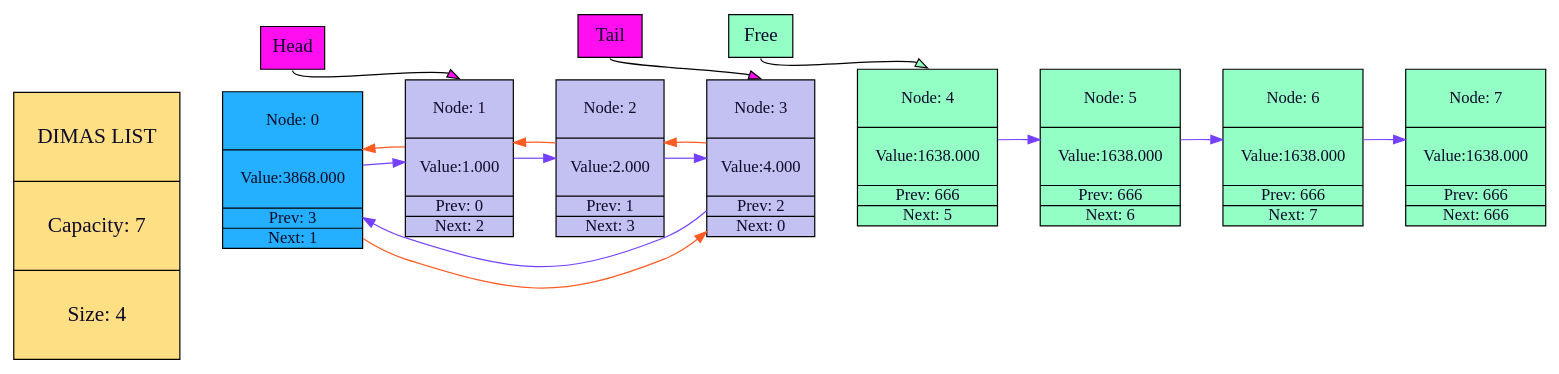
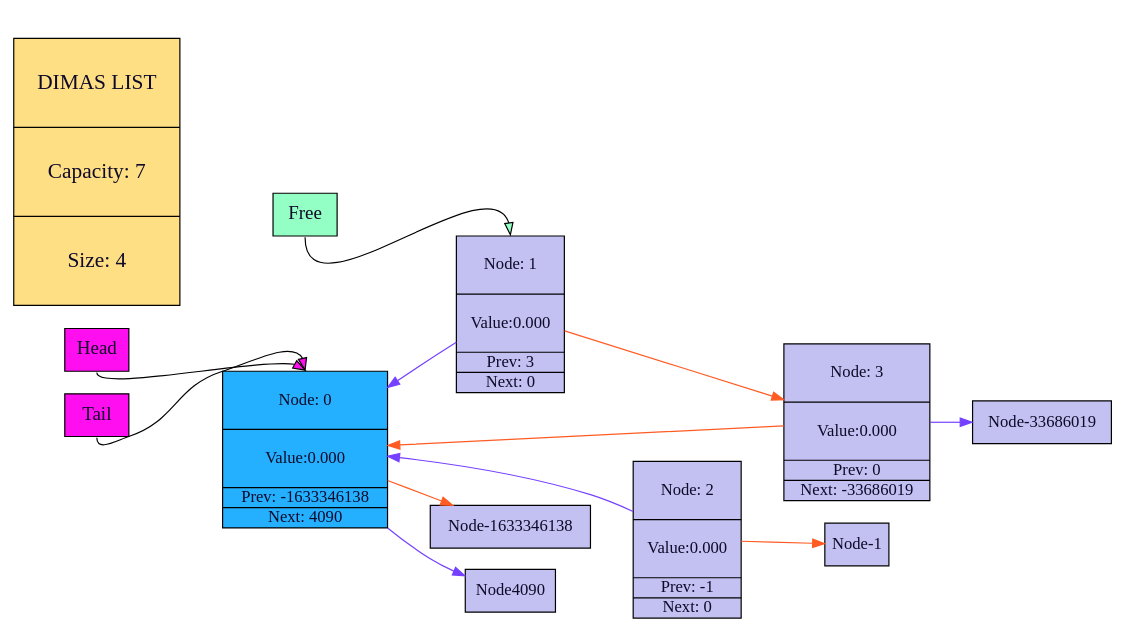
The diagram in 5-list/5-list/list_graph.gv (dmjtsh/huawei_course), drawn with Graphviz before and after one commit. The commit also changed 440 other files, not shown here.

```diff
--- a/5-list/5-list/list_graph.gv
+++ b/5-list/5-list/list_graph.gv
@@ -1,42 +1,31 @@
 digraph ListGraph {
 rankdir="LR";
 node [shape="box", style="filled", fillcolor="#24b0ff", fontcolor="#0e0a2a", margin="0.01"];
-"Node0" [shape="record", label="\n Node: 0 \n\n|\n Value:3868.000\n\n | Prev: 3 | Next: 1"];
+"Node0" [shape="record", label="\n Node: 0 \n\n|\n Value:0.000\n\n | Prev: -1633346138 | Next: 4090"];
 node [shape="box", style="filled", fillcolor="#c3c1f1", fontcolor="#0e0a2a", margin="0.01"];
-"Node1" [shape="record", label="\n Node: 1 \n\n|\n Value:1.000\n\n | Prev: 0 | Next: 2"];
+"Node1" [shape="record", label="\n Node: 1 \n\n|\n Value:0.000\n\n | Prev: 3 | Next: 0"];
 node [shape="box", style="filled", fillcolor="#c3c1f1", fontcolor="#0e0a2a", margin="0.01"];
-"Node2" [shape="record", label="\n Node: 2 \n\n|\n Value:2.000\n\n | Prev: 1 | Next: 3"];
+"Node2" [shape="record", label="\n Node: 2 \n\n|\n Value:0.000\n\n | Prev: -1 | Next: 0"];
 node [shape="box", style="filled", fillcolor="#c3c1f1", fontcolor="#0e0a2a", margin="0.01"];
-"Node3" [shape="record", label="\n Node: 3 \n\n|\n Value:4.000\n\n | Prev: 2 | Next: 0"];
-node [shape="box", style="filled", fillcolor="#93ffc5", fontcolor="#0e0a2a", margin="0.01"];
-"Node4" [shape="record", label="\n Node: 4 \n\n|\n Value:1638.000\n\n | Prev: 666 | Next: 5"];
-node [shape="box", style="filled", fillcolor="#93ffc5", fontcolor="#0e0a2a", margin="0.01"];
-"Node5" [shape="record", label="\n Node: 5 \n\n|\n Value:1638.000\n\n | Prev: 666 | Next: 6"];
-node [shape="box", style="filled", fillcolor="#93ffc5", fontcolor="#0e0a2a", margin="0.01"];
-"Node6" [shape="record", label="\n Node: 6 \n\n|\n Value:1638.000\n\n | Prev: 666 | Next: 7"];
-node [shape="box", style="filled", fillcolor="#93ffc5", fontcolor="#0e0a2a", margin="0.01"];
-"Node7" [shape="record", label="\n Node: 7 \n\n|\n Value:1638.000\n\n | Prev: 666 | Next: 666"];
-"Node0" -> "Node1" [color="#43ff6400"];"Node1" -> "Node2" [color="#43ff6400"];"Node2" -> "Node3" [color="#43ff6400"];"Node3" -> "Node4" [color="#43ff6400"];"Node4" -> "Node5" [color="#43ff6400"];"Node5" -> "Node6" [color="#43ff6400"];"Node6" -> "Node7" [color="#43ff6400"];"Node0" -> "Node3"  [color="#ff5b23" fontcolor="#ff5b23"];
-"Node0" -> "Node1" [color="#7540ff" fontcolor="#7540ff"];
-"Node1" -> "Node0"  [color="#ff5b23" fontcolor="#ff5b23"];
-"Node1" -> "Node2" [color="#7540ff" fontcolor="#7540ff"];
-"Node2" -> "Node1"  [color="#ff5b23" fontcolor="#ff5b23"];
-"Node2" -> "Node3" [color="#7540ff" fontcolor="#7540ff"];
-"Node3" -> "Node2"  [color="#ff5b23" fontcolor="#ff5b23"];
-"Node3" -> "Node0" [color="#7540ff" fontcolor="#7540ff"];
-"Node4" -> "Node5" [color="#7540ff" fontcolor="#7540ff"];
-"Node5" -> "Node6" [color="#7540ff" fontcolor="#7540ff"];
-"Node6" -> "Node7" [color="#7540ff" fontcolor="#7540ff"];
+"Node3" [shape="record", label="\n Node: 3 \n\n|\n Value:0.000\n\n | Prev: 0 | Next: -33686019"];
+"Node0" -> "Node1" [color="#43ff6400"];"Node1" -> "Node2" [color="#43ff6400"];"Node2" -> "Node3" [color="#43ff6400"];"Node0" -> "Node-1633346138"  [color="#ff5b23" fontcolor="#ff5b23"];
+"Node0" -> "Node4090" [color="#7540ff" fontcolor="#7540ff"];
+"Node1" -> "Node3"  [color="#ff5b23" fontcolor="#ff5b23"];
+"Node1" -> "Node0" [color="#7540ff" fontcolor="#7540ff"];
+"Node2" -> "Node-1"  [color="#ff5b23" fontcolor="#ff5b23"];
+"Node2" -> "Node0" [color="#7540ff" fontcolor="#7540ff"];
+"Node3" -> "Node0"  [color="#ff5b23" fontcolor="#ff5b23"];
+"Node3" -> "Node-33686019" [color="#7540ff" fontcolor="#7540ff"];
 node [shape="box", style="filled", fillcolor="#ffdf83", fontcolor="#0e0a2a", margin="0.1"];
 List [shape=record, label="\n DIMAS LIST \n \n | \n Capacity: 7 \n \n | \n Size: 4 \n \n" , fontsize=18];
 node [shape=box, style=filled, fillcolor="#93ffc5", fontcolor="#0e0a2a", margin="0.01"];
 Free [shape=record, label="Free", fontsize=16];
 node [shape=box, style=filled, fillcolor="#ff0eef", fontcolor="#0e0a2a", margin="0.01"];
 Head [shape=record, label="Head", fontsize=16];
 node [shape=box, style=filled, fillcolor="#ff0eef", fontcolor="#0e0a2a", margin="0.01"];
 Tail [shape=record, label="Tail", fontsize=16];
 "List" -> "Node0" [weight=1, color="#43ff6400", headport=n, tailport=n];
-"Free" -> "Node4" [headport=n, tailport=s, constraint=true, fillcolor="#93ffc5"];
-"Tail" -> "Node3" [headport=n, tailport=s, constraint=true, fillcolor="#ff0eef"];
-"Head" -> "Node1" [headport=n, tailport=s, constraint=true, fillcolor="#ff0eef"];
+"Free" -> "Node1" [headport=n, tailport=s, constraint=true, fillcolor="#93ffc5"];
+"Tail" -> "Node0" [headport=n, tailport=s, constraint=true, fillcolor="#ff0eef"];
+"Head" -> "Node0" [headport=n, tailport=s, constraint=true, fillcolor="#ff0eef"];
 }
```
